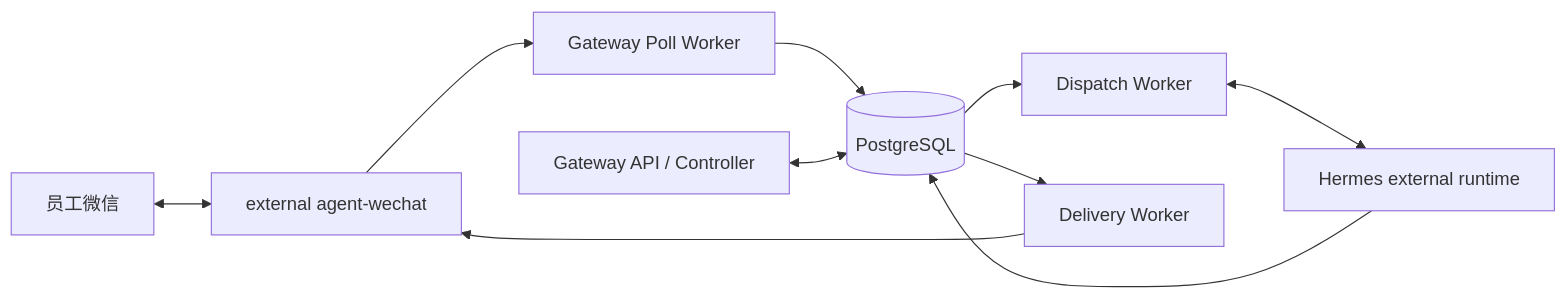
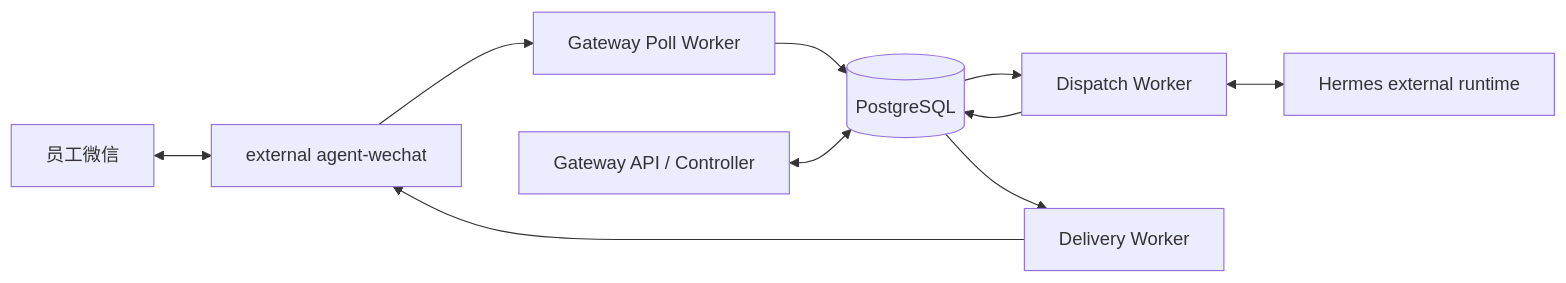
Before and after one commit to Tangbohu09527/CF_ecommerce-automation-docs: the first of 2 diagrams in architecture/wechat-hermes-integration.md, drawn with Mermaid. The commit also changed other lines of this file and 19 other files, not shown here.

````diff
--- a/architecture/wechat-hermes-integration.md
+++ b/architecture/wechat-hermes-integration.md
@@ -7,10 +7,10 @@
 ```mermaid
 flowchart LR
     WX["员工微信"] <--> AW["external agent-wechat"]
     AW --> PW["Gateway Poll Worker"]
     PW --> PG[("PostgreSQL")]
     API["Gateway API / Controller"] <--> PG
     PG --> DW["Dispatch Worker"] <--> H["Hermes external runtime"]
-    H --> PG
+    DW --> PG
     PG --> DLW["Delivery Worker"] --> AW
 ```
````
